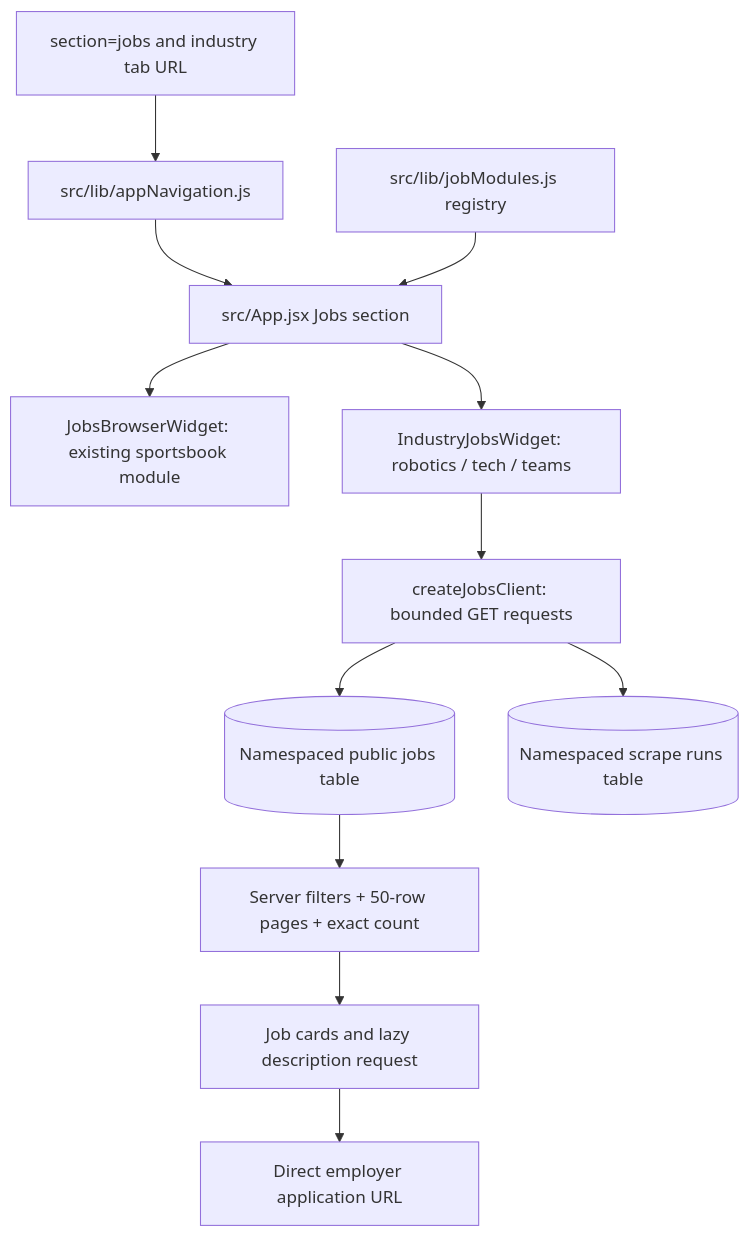
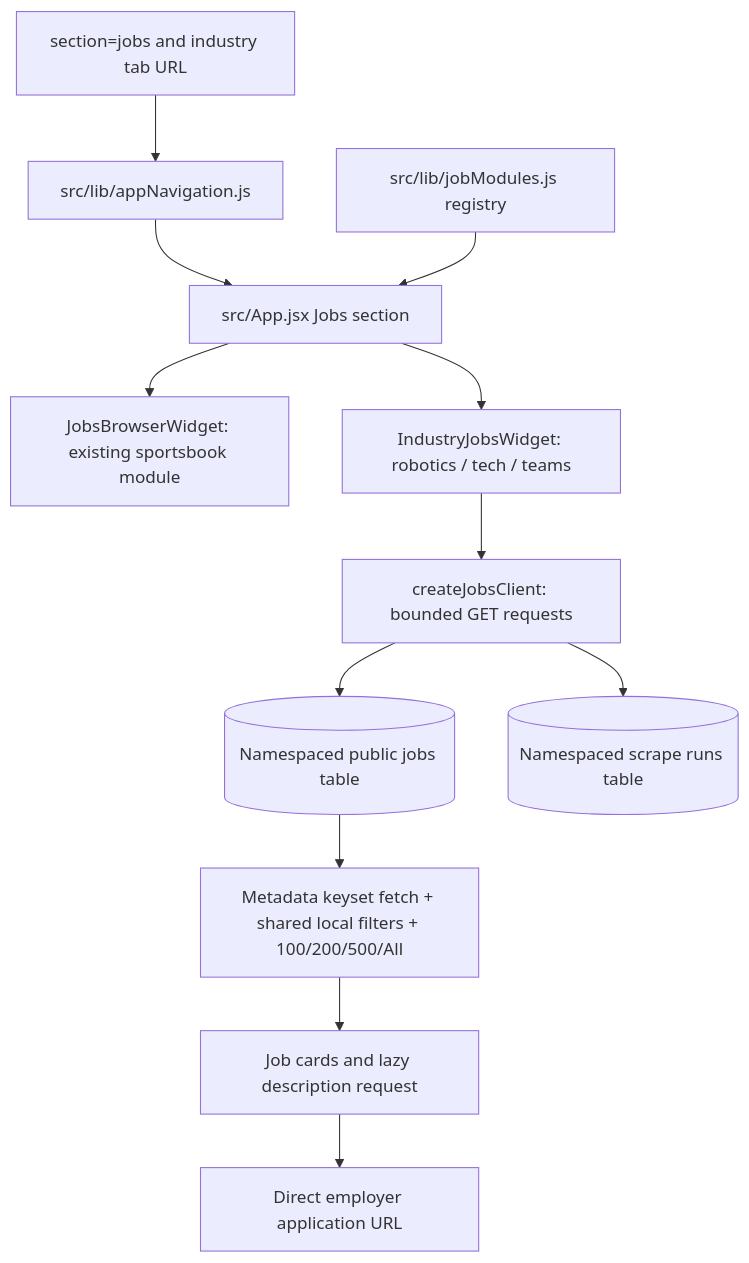
Before and after one commit to misterplusev/job-radar: the diagram in docs/job-scrapers/2026-11-10 1145 Dashboard Jobs Wiring and Inventory Guide.md, drawn with Mermaid. The commit also changed other lines of this file and 13 other files, not shown here.

````diff
--- a/docs/job-scrapers/2026-11-10 1145 Dashboard Jobs Wiring and Inventory Guide.md
+++ b/docs/job-scrapers/2026-11-10 1145 Dashboard Jobs Wiring and Inventory Guide.md
@@ -32,14 +32,14 @@
 ```mermaid
 flowchart TD
   URL[section=jobs and industry tab URL] --> NAV[src/lib/appNavigation.js]
   NAV --> APP[src/App.jsx Jobs section]
   REG[src/lib/jobModules.js registry] --> APP
   APP --> OLD[JobsBrowserWidget: existing sportsbook module]
   APP --> NEW[IndustryJobsWidget: robotics / tech / teams]
   NEW --> CLIENT[createJobsClient: bounded GET requests]
   CLIENT --> JOBS[(Namespaced public jobs table)]
   CLIENT --> RUNS[(Namespaced scrape runs table)]
-  JOBS --> FILTER[Server filters + 50-row pages + exact count]
+  JOBS --> FILTER[Metadata keyset fetch + shared local filters + 100/200/500/All]
   FILTER --> CARD[Job cards and lazy description request]
   CARD --> EMPLOYER[Direct employer application URL]
 ```
````
